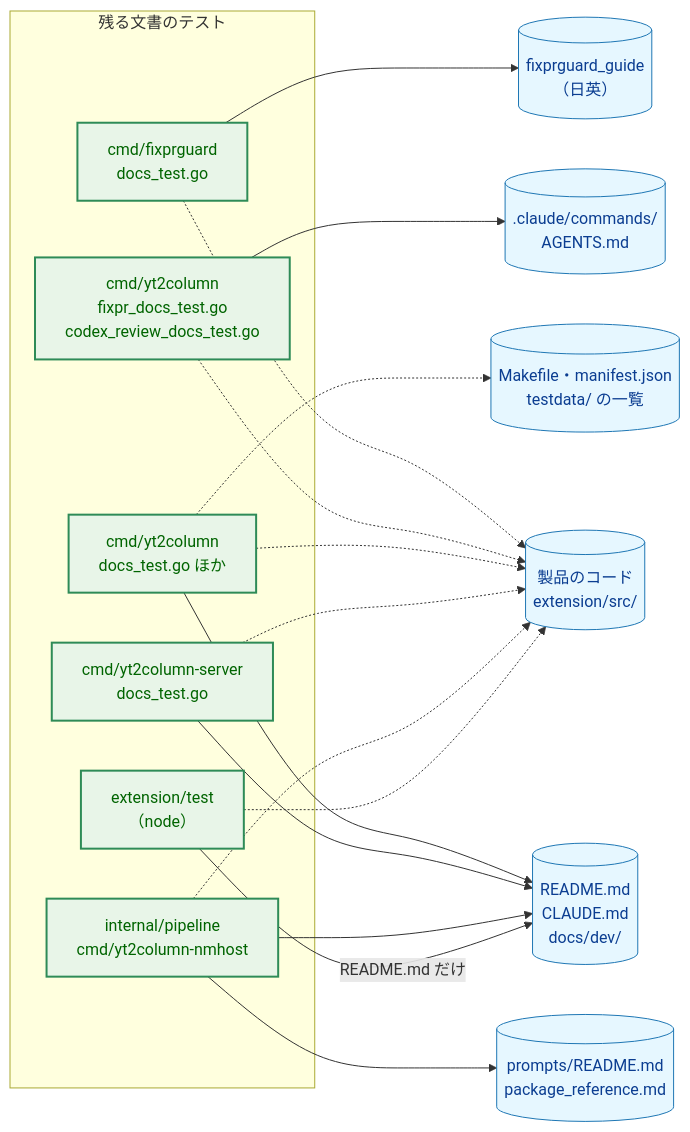
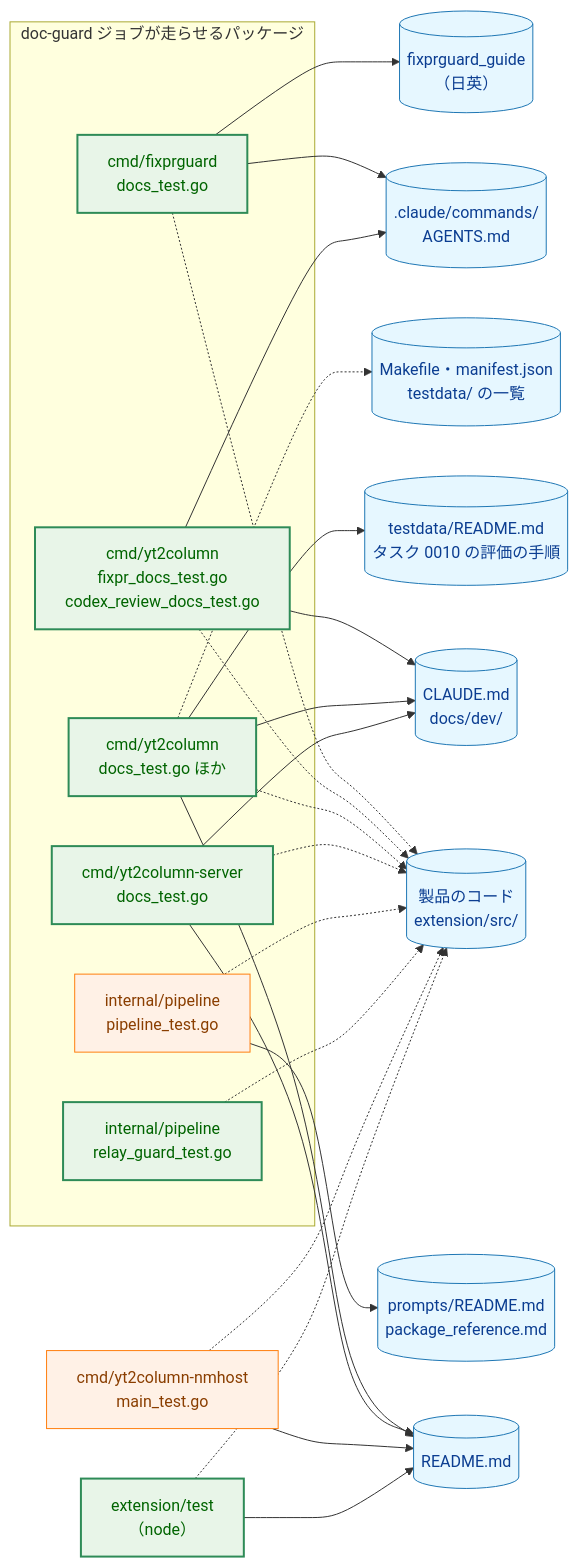
Before and after one commit to isseis/yt2column: the third of 10 diagrams in docs/tasks/0038_doc_test_pruning/02_architecture.md, drawn with Mermaid. The commit also changed other lines of this file and 1 other file, not shown here.

First line of the commit message:
docs(0038): resolve the architecture review findings

````diff
--- a/docs/tasks/0038_doc_test_pruning/02_architecture.md
+++ b/docs/tasks/0038_doc_test_pruning/02_architecture.md
@@ -116,41 +125,52 @@
 ```mermaid
 flowchart LR
     classDef data fill:#e6f7ff,stroke:#1f77b4,stroke-width:1px,color:#0b3d91;
     classDef process fill:#fff1e6,stroke:#ff7f0e,stroke-width:1px,color:#8a3e00;
     classDef enhanced fill:#e8f5e8,stroke:#2e8b57,stroke-width:2px,color:#006400;
 
-    subgraph Tests["残る文書のテスト"]
+    subgraph Guard["doc-guard ジョブが走らせるパッケージ"]
         T1["cmd/fixprguard<br>docs_test.go"]
         T2["cmd/yt2column<br>fixpr_docs_test.go<br>codex_review_docs_test.go"]
         T3["cmd/yt2column<br>docs_test.go ほか"]
         T4["cmd/yt2column-server<br>docs_test.go"]
-        T5["internal/pipeline<br>cmd/yt2column-nmhost"]
-        T6["extension/test<br>（node）"]
+        T5["internal/pipeline<br>pipeline_test.go"]
+        T5b["internal/pipeline<br>relay_guard_test.go"]
     end
+    T7["cmd/yt2column-nmhost<br>main_test.go"]
+    T6["extension/test<br>（node）"]
 
     D1[("fixprguard_guide<br>（日英）")]
     D2[(".claude/commands/<br>AGENTS.md")]
-    D3[("README.md<br>CLAUDE.md<br>docs/dev/")]
+    DR[("README.md")]
+    D3[("CLAUDE.md<br>docs/dev/")]
     D4[("prompts/README.md<br>package_reference.md")]
+    D5[("testdata/README.md<br>タスク 0010 の評価の手順")]
     V1[("製品のコード<br>extension/src/")]
     V2[("Makefile・manifest.json<br>testdata/ の一覧")]
 
     T1 --> D1
+    T1 --> D2
     T2 --> D2
+    T2 --> D3
+    T3 --> DR
     T3 --> D3
+    T3 --> D5
+    T4 --> DR
     T4 --> D3
-    T5 --> D3
     T5 --> D4
-    T6 -->|"README.md だけ"| D3
+    T7 --> DR
+    T6 --> DR
     T1 -.-> V1
     T2 -.-> V1
     T3 -.-> V1
     T3 -.-> V2
     T4 -.-> V1
     T5 -.-> V1
+    T5b -.-> V1
+    T7 -.-> V1
     T6 -.-> V1
 
-    class T1,T2,T3,T4,T5 enhanced
-    class T6 enhanced
-    class D1,D2,D3,D4,V1,V2 data
+    class T1,T2,T3,T4,T5b,T6 enhanced
+    class T5,T7 process
+    class D1,D2,DR,D3,D4,D5,V1,V2 data
 ```
````
